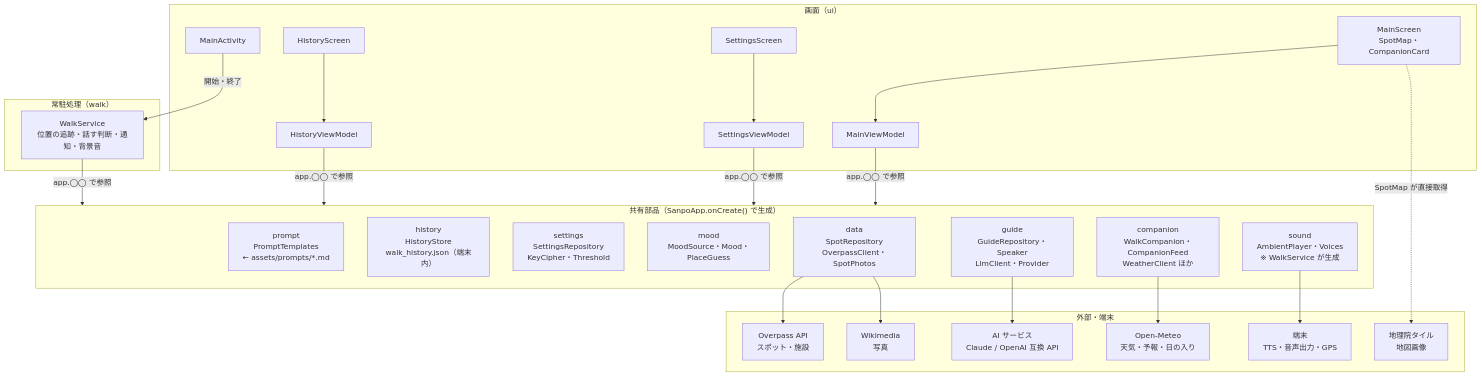
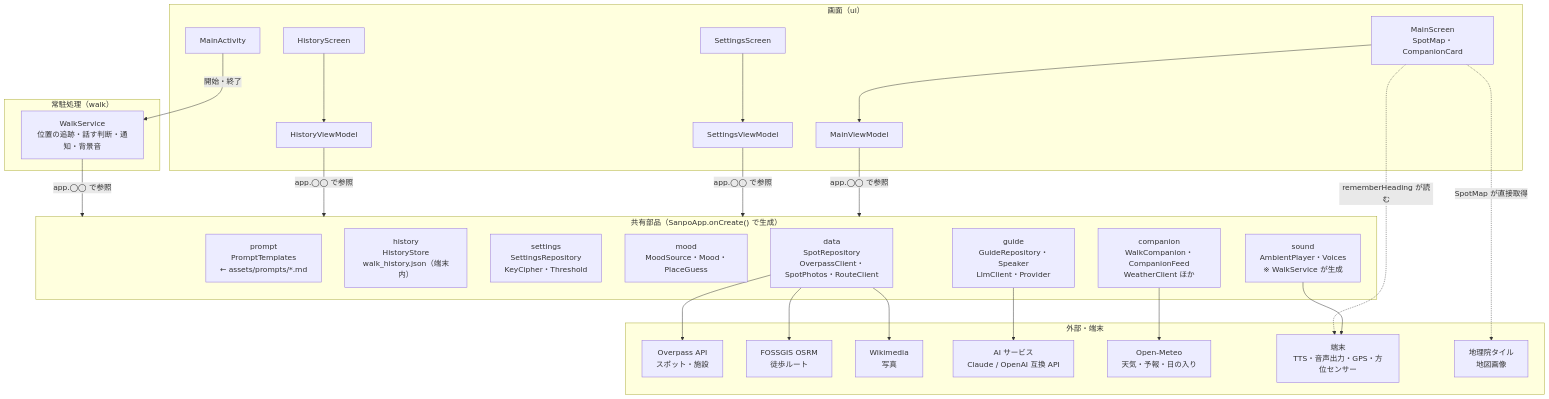
The first of 5 diagrams in docs/architecture.md (duwenji/SanpoGuide), drawn with Mermaid before and after one commit. The commit also changed other lines of this file and 24 other files, not shown here.

First line of the commit message:
feat: 地図にルートと向きを表示し、AI への位置送信を設定で切り替え可能に

````diff
--- a/docs/architecture.md
+++ b/docs/architecture.md
@@ -14,42 +14,44 @@
 ```mermaid
 flowchart TB
   subgraph UI["画面（ui）"]
     MainActivity
     MainScreen["MainScreen<br/>SpotMap・CompanionCard"] --> MainViewModel
     SettingsScreen --> SettingsViewModel
     HistoryScreen --> HistoryViewModel
   end
 
   subgraph WALK["常駐処理（walk）"]
     WalkService["WalkService<br/>位置の追跡・話す判断・通知・背景音"]
   end
 
   subgraph APP["共有部品（SanpoApp.onCreate() で生成）"]
     prompt["prompt<br/>PromptTemplates<br/>← assets/prompts/*.md"]
     history["history<br/>HistoryStore<br/>walk_history.json（端末内）"]
     settings["settings<br/>SettingsRepository<br/>KeyCipher・Threshold"]
     mood["mood<br/>MoodSource・Mood・PlaceGuess"]
-    data["data<br/>SpotRepository<br/>OverpassClient・SpotPhotos"]
+    data["data<br/>SpotRepository<br/>OverpassClient・SpotPhotos・RouteClient"]
     guide["guide<br/>GuideRepository・Speaker<br/>LlmClient・Provider"]
     companion["companion<br/>WalkCompanion・CompanionFeed<br/>WeatherClient ほか"]
     sound["sound<br/>AmbientPlayer・Voices<br/>※ WalkService が生成"]
   end
 
   subgraph EXT["外部・端末"]
     Overpass["Overpass API<br/>スポット・施設"]
+    OSRM["FOSSGIS OSRM<br/>徒歩ルート"]
     Wikimedia["Wikimedia<br/>写真"]
     AI["AI サービス<br/>Claude / OpenAI 互換 API"]
     OpenMeteo["Open-Meteo<br/>天気・予報・日の入り"]
-    Device["端末<br/>TTS・音声出力・GPS"]
+    Device["端末<br/>TTS・音声出力・GPS・方位センサー"]
     GSI["地理院タイル<br/>地図画像"]
   end
 
   MainActivity -- "開始・終了" --> WalkService
   MainViewModel & SettingsViewModel & HistoryViewModel -- "app.◯◯ で参照" --> APP
   WalkService -- "app.◯◯ で参照" --> APP
-  data --> Overpass & Wikimedia
+  data --> Overpass & Wikimedia & OSRM
   guide --> AI
   companion --> OpenMeteo
   sound --> Device
   MainScreen -. "SpotMap が直接取得" .-> GSI
+  MainScreen -. "rememberHeading が読む" .-> Device
 ```
````
